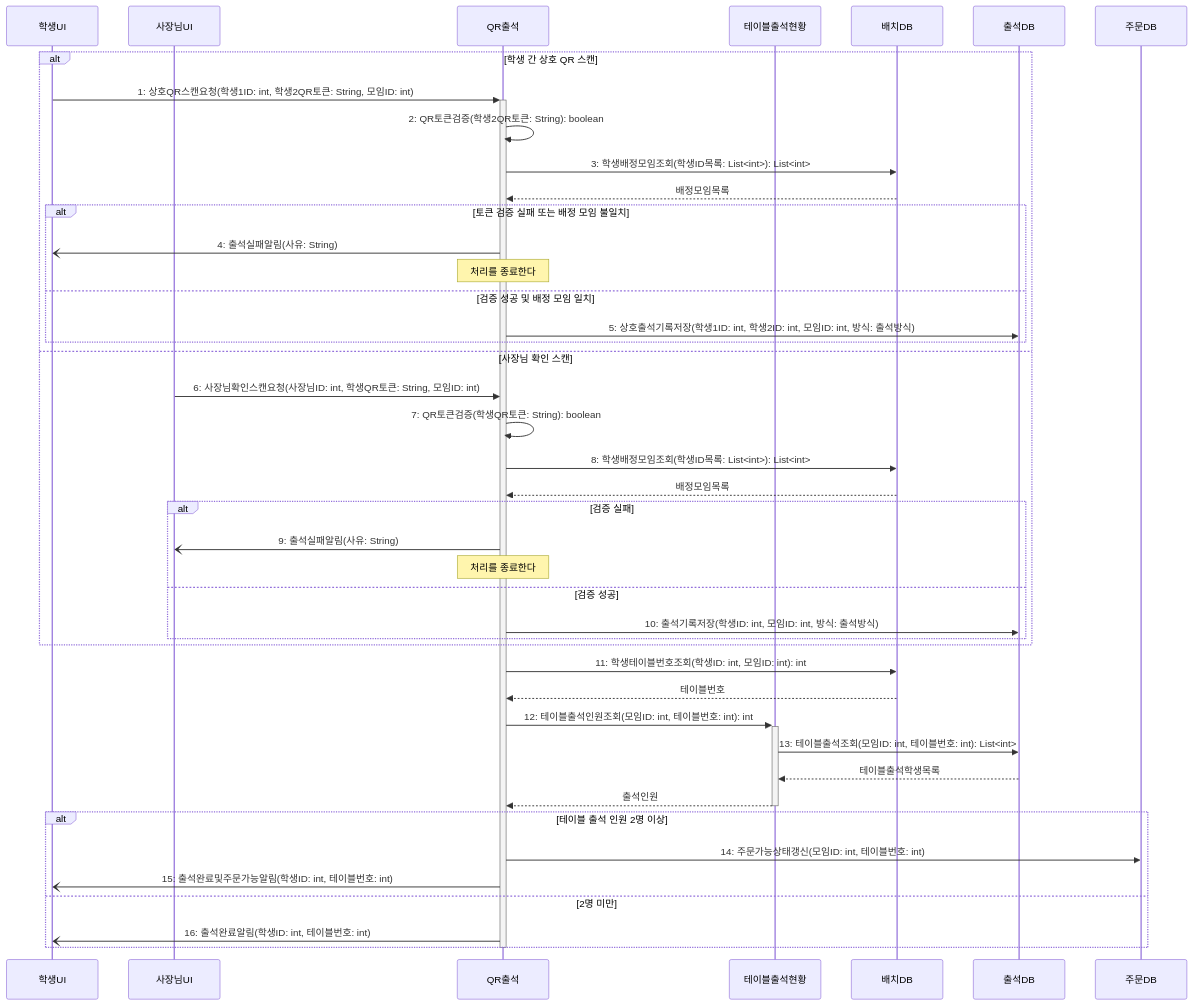
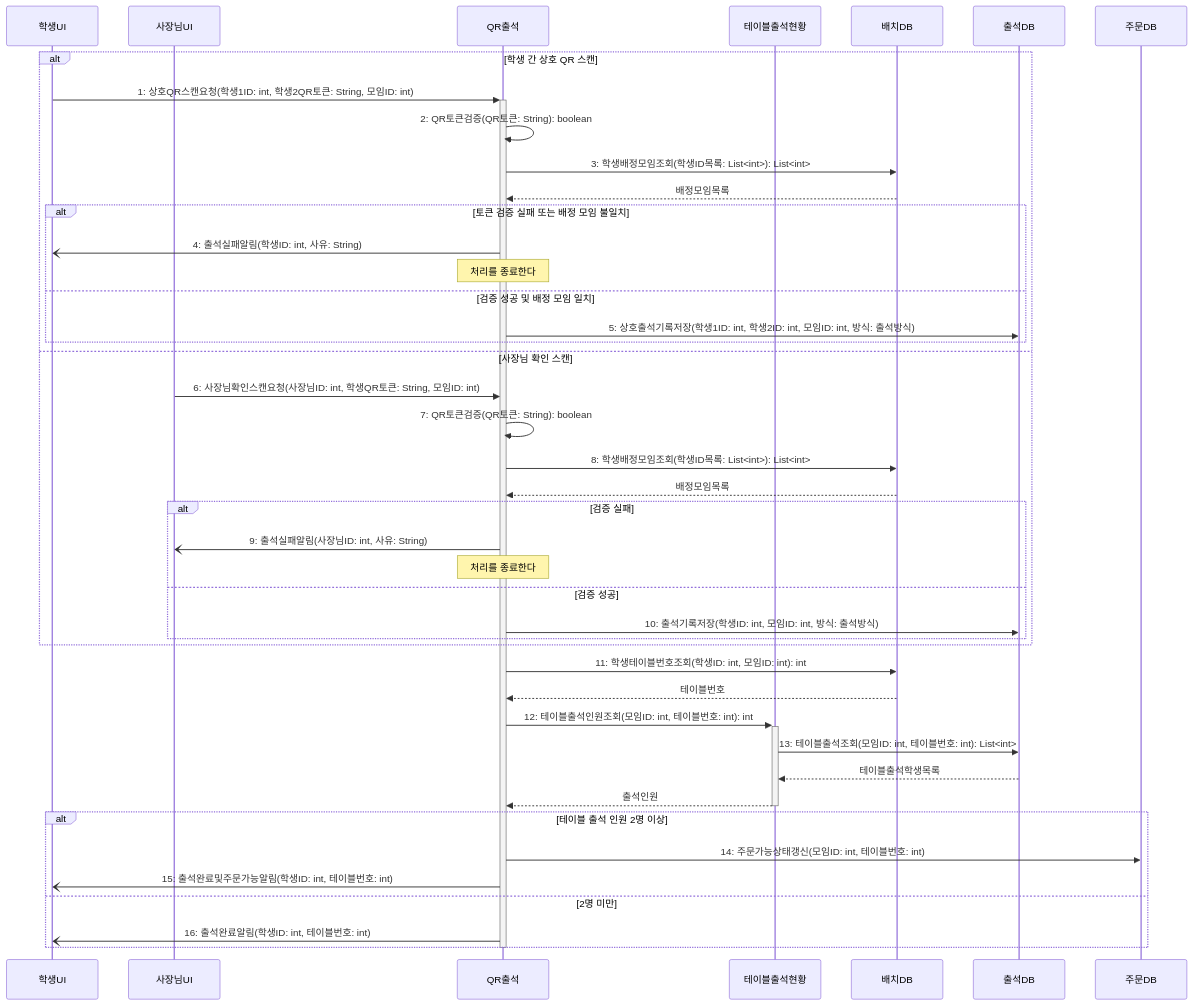
One commit to hojae3/sw-engineering-16 changed the diagram in sequence/seq-05.md. Above: the diagram before and after it, drawn with Mermaid. The commit also changed 35 other files, not shown here.

````diff
--- a/sequence/seq-05.md
+++ b/sequence/seq-05.md
@@ -26,51 +26,51 @@
 ```mermaid
 sequenceDiagram
     participant 학생UI as 학생UI
     participant 사장님UI as 사장님UI
     participant 출석 as QR출석
     participant 현황 as 테이블출석현황
     participant 배치DB as 배치DB
     participant 출석DB as 출석DB
     participant 주문DB as 주문DB
 
     alt 학생 간 상호 QR 스캔
         학생UI->>+출석: 1: 상호QR스캔요청(학생1ID: int, 학생2QR토큰: String, 모임ID: int)
-        출석->>출석: 2: QR토큰검증(학생2QR토큰: String): boolean
+        출석->>출석: 2: QR토큰검증(QR토큰: String): boolean
         출석->>배치DB: 3: 학생배정모임조회(학생ID목록: List<int>): List<int>
         배치DB-->>출석: 배정모임목록
 
         alt 토큰 검증 실패 또는 배정 모임 불일치
-            출석-)학생UI: 4: 출석실패알림(사유: String)
+            출석-)학생UI: 4: 출석실패알림(학생ID: int, 사유: String)
             Note over 출석: 처리를 종료한다
         else 검증 성공 및 배정 모임 일치
             출석->>출석DB: 5: 상호출석기록저장(학생1ID: int, 학생2ID: int, 모임ID: int, 방식: 출석방식)
         end
     else 사장님 확인 스캔
         사장님UI->>출석: 6: 사장님확인스캔요청(사장님ID: int, 학생QR토큰: String, 모임ID: int)
-        출석->>출석: 7: QR토큰검증(학생QR토큰: String): boolean
+        출석->>출석: 7: QR토큰검증(QR토큰: String): boolean
         출석->>배치DB: 8: 학생배정모임조회(학생ID목록: List<int>): List<int>
         배치DB-->>출석: 배정모임목록
 
         alt 검증 실패
-            출석-)사장님UI: 9: 출석실패알림(사유: String)
+            출석-)사장님UI: 9: 출석실패알림(사장님ID: int, 사유: String)
             Note over 출석: 처리를 종료한다
         else 검증 성공
             출석->>출석DB: 10: 출석기록저장(학생ID: int, 모임ID: int, 방식: 출석방식)
         end
     end
 
     출석->>배치DB: 11: 학생테이블번호조회(학생ID: int, 모임ID: int): int
     배치DB-->>출석: 테이블번호
     출석->>+현황: 12: 테이블출석인원조회(모임ID: int, 테이블번호: int): int
     현황->>출석DB: 13: 테이블출석조회(모임ID: int, 테이블번호: int): List<int>
     출석DB-->>현황: 테이블출석학생목록
     현황-->>-출석: 출석인원
 
     alt 테이블 출석 인원 2명 이상
         출석->>주문DB: 14: 주문가능상태갱신(모임ID: int, 테이블번호: int)
         출석-)학생UI: 15: 출석완료및주문가능알림(학생ID: int, 테이블번호: int)
     else 2명 미만
         출석-)학생UI: 16: 출석완료알림(학생ID: int, 테이블번호: int)
     end
     deactivate 출석
 ```
````
